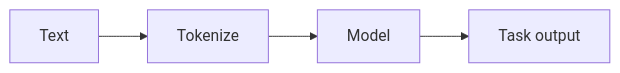
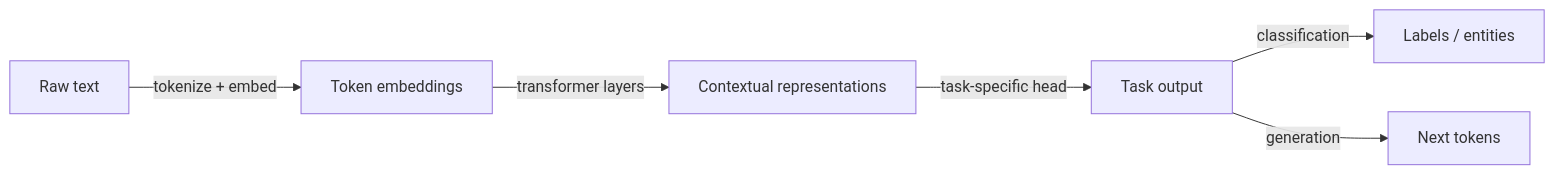
Before and after one commit to EmersonBraun/ai-summary-hub: the diagram in docs/nlp/index.md, drawn with Mermaid. The commit also changed other lines of this file and 77 other files, not shown here.

````diff
--- a/docs/nlp/index.md
+++ b/docs/nlp/index.md
@@ -19,6 +27,8 @@
 ```mermaid
 flowchart LR
-  Text[Text] --> Tokenize[Tokenize]
-  Tokenize --> Model[Model]
-  Model --> TaskOutput[Task output]
+  Text[Raw text] -->|tokenize + embed| Tokens[Token embeddings]
+  Tokens -->|transformer layers| Encoder[Contextual representations]
+  Encoder -->|task-specific head| Output[Task output]
+  Output -->|classification| Labels[Labels / entities]
+  Output -->|generation| Tokens2[Next tokens]
 ```
````
